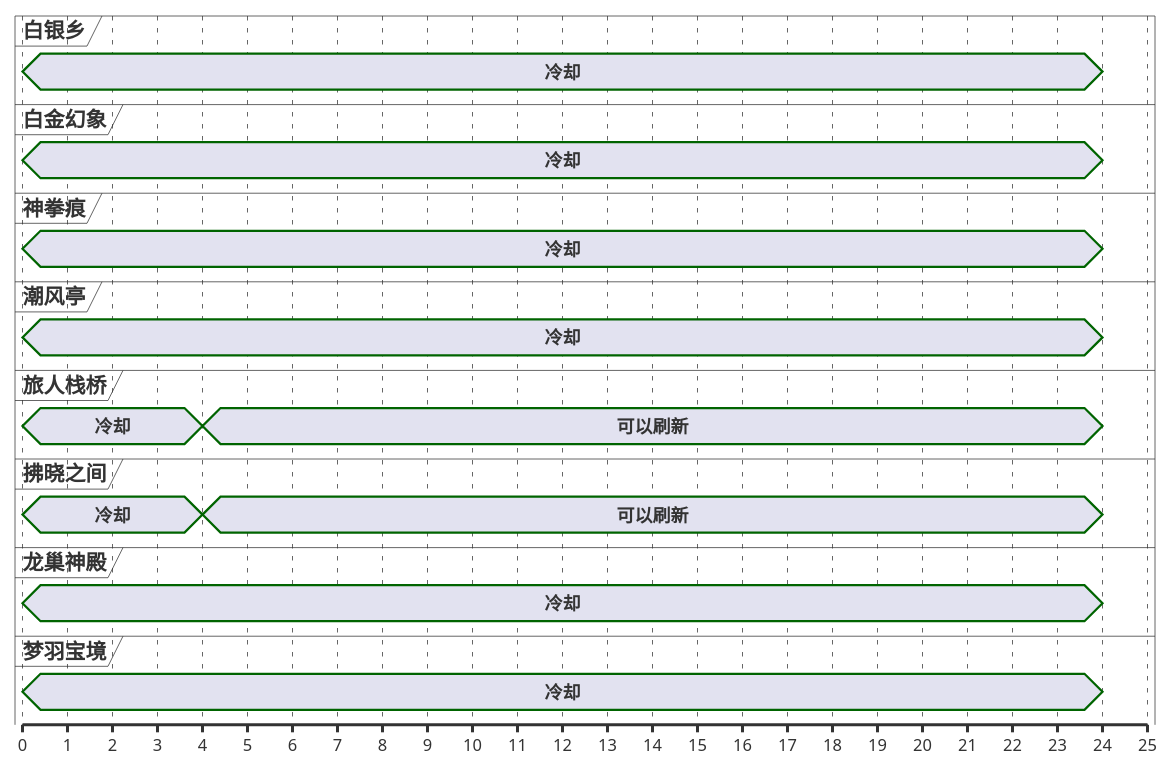
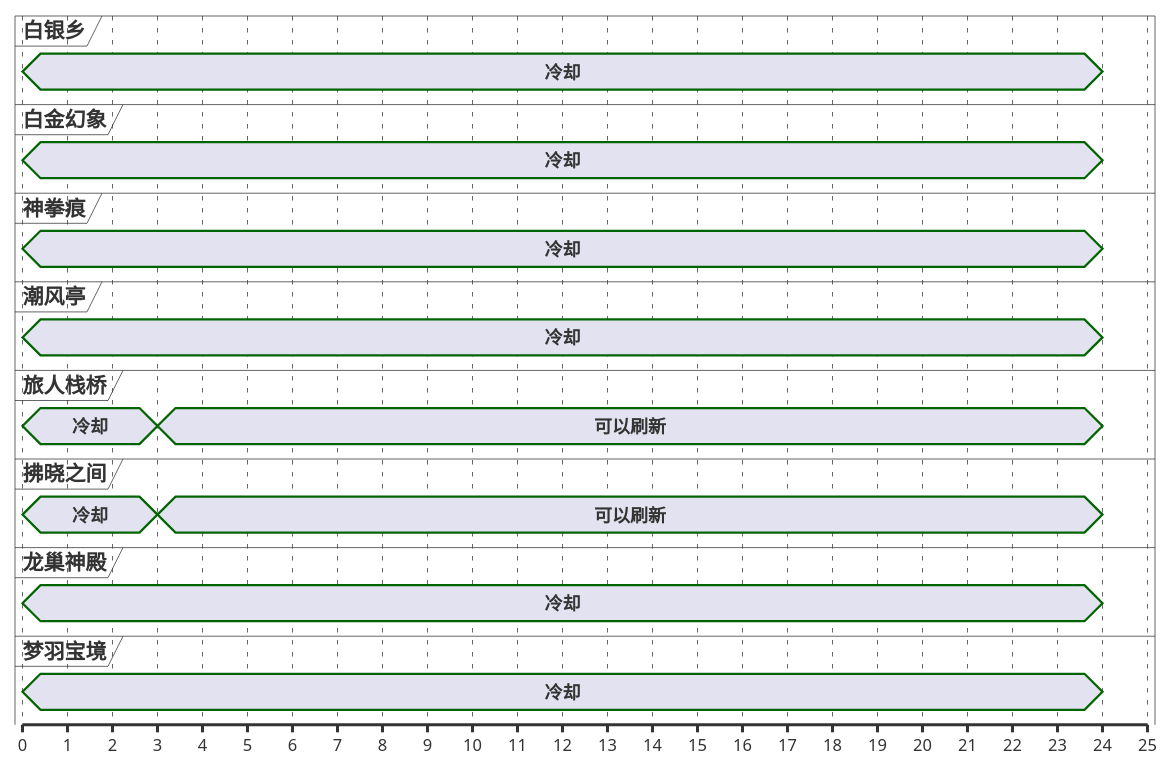
One commit to Eroleice/doc-pi changed the second of 13 diagrams in ffxiv/hunt/2.0/Croakadile.md. Above: the diagram before and after it, drawn with PlantUML. The commit also changed other lines of this file and 38 other files, not shown here.

````diff
--- a/ffxiv/hunt/2.0/Croakadile.md
+++ b/ffxiv/hunt/2.0/Croakadile.md
@@ -83,51 +83,51 @@
 ```plantuml
 @startuml
 scale 1 as 30 pixels
 
 concise 白银乡
 concise 白金幻象
 concise 神拳痕
 concise 潮风亭
 concise 旅人栈桥
 concise 拂晓之间
 concise 龙巢神殿
 concise 梦羽宝境
 
+@拂晓之间
+0 is 冷却
+3 is 可以刷新
+3 is 强制刷新
+24 is {hidden}
+
 @旅人栈桥
 0 is 冷却
-4 is 可以刷新
-4 is 强制刷新
+3 is 可以刷新
+3 is 强制刷新
 24 is {hidden}
 
-@拂晓之间
+@龙巢神殿
 0 is 冷却
-4 is 可以刷新
-4 is 强制刷新
+24 is {hidden}
+
+@梦羽宝境
+0 is 冷却
 24 is {hidden}
 
 @白金幻象
 0 is 冷却
 24 is {hidden}
 
 @潮风亭
 0 is 冷却
 24 is {hidden}
 
 @神拳痕
 0 is 冷却
 24 is {hidden}
 
 @白银乡
 0 is 冷却
 24 is {hidden}
 
-@龙巢神殿
-0 is 冷却
-24 is {hidden}
-
-@梦羽宝境
-0 is 冷却
-24 is {hidden}
-
 @enduml
 ```
````
